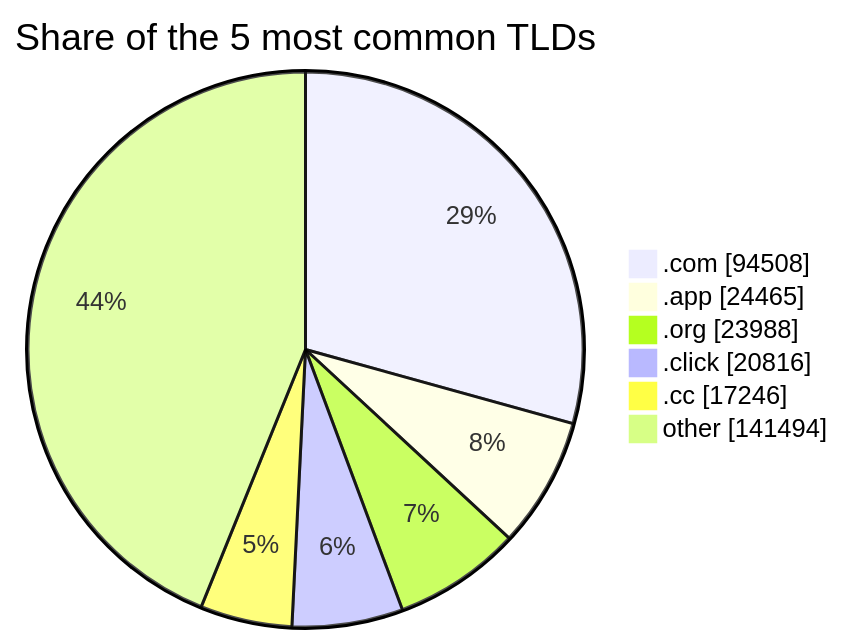
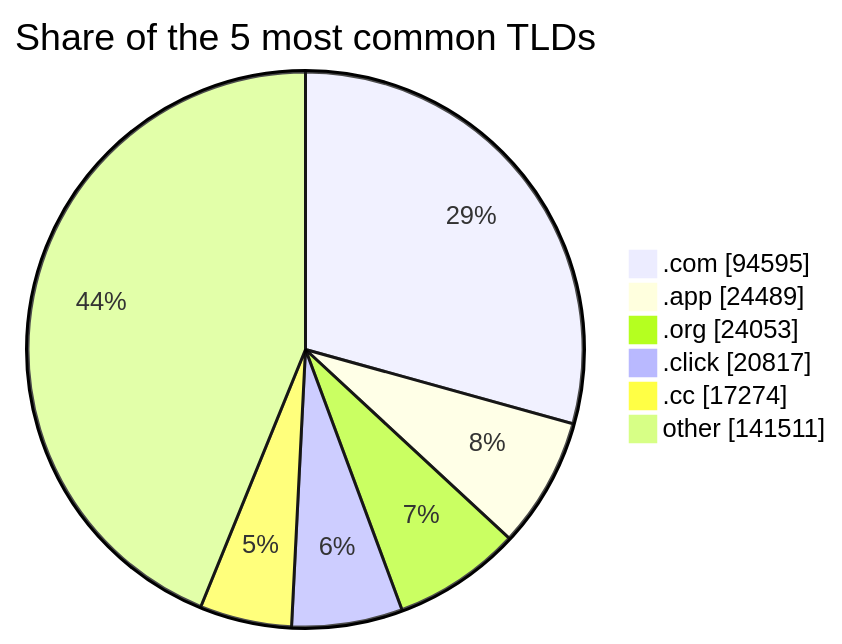
Before and after one commit to DNSBunker/CTI: the third of 3 diagrams in README.md, drawn with Mermaid. The commit also changed other lines of this file and 3 other files, not shown here.

````diff
--- a/README.md
+++ b/README.md
@@ -81,9 +81,9 @@
 ```mermaid
 pie showData title Share of the 5 most common TLDs
-    ".com" : 94508
-    ".app" : 24465
-    ".org" : 23988
-    ".click" : 20816
-    ".cc" : 17246
-    "other" : 141494
+    ".com" : 94595
+    ".app" : 24489
+    ".org" : 24053
+    ".click" : 20817
+    ".cc" : 17274
+    "other" : 141511
 ```
````
